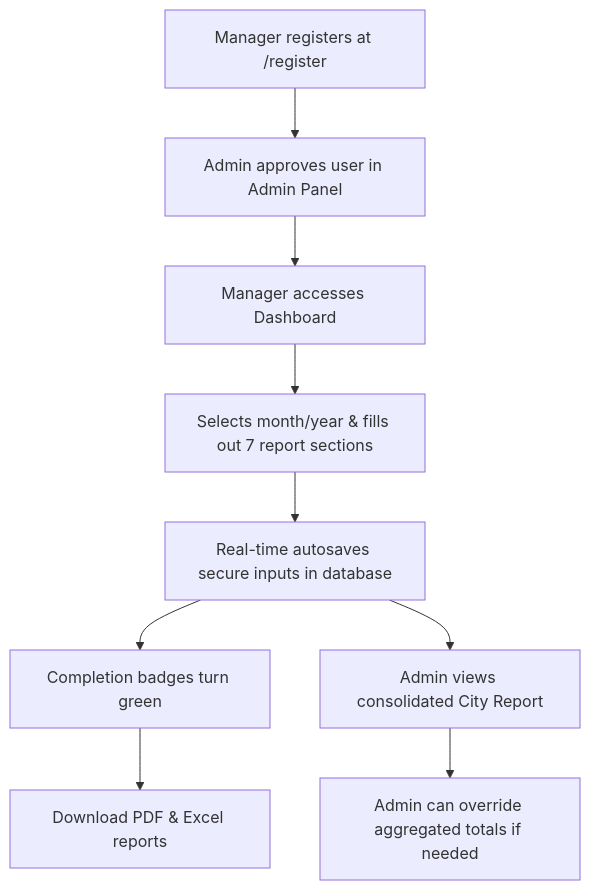
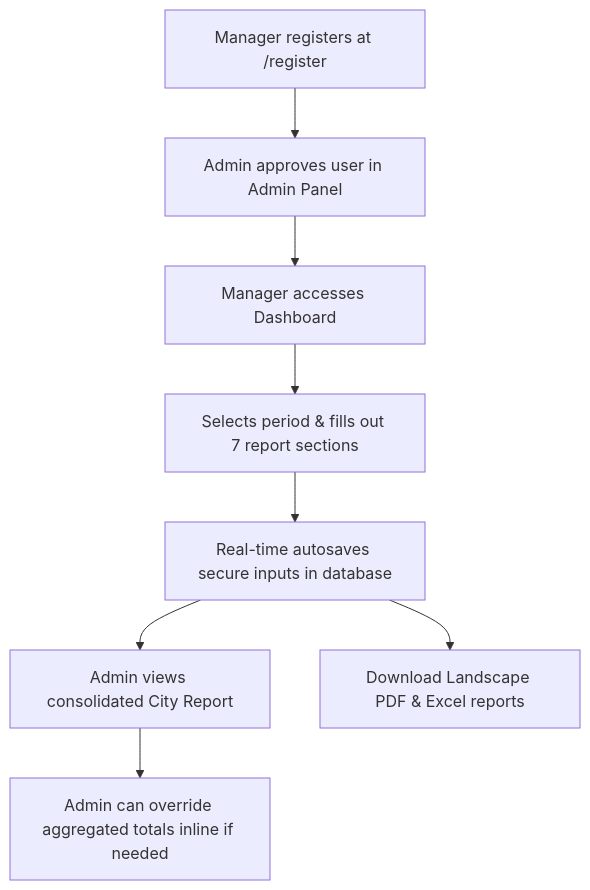
One commit to Jabir-A-H/report-submission changed the diagram in README.md. Above: the diagram before and after it, drawn with Mermaid. The commit also changed other lines of this file and 7 other files, not shown here.

````diff
--- a/README.md
+++ b/README.md
@@ -28,11 +32,10 @@
 ```mermaid
 graph TD
     A[Manager registers at /register] --> B[Admin approves user in Admin Panel]
     B --> C[Manager accesses Dashboard]
-    C --> D[Selects month/year & fills out 7 report sections]
+    C --> D[Selects period & fills out 7 report sections]
     D --> E[Real-time autosaves secure inputs in database]
-    E --> F[Completion badges turn green]
     E --> G[Admin views consolidated City Report]
-    G --> H[Admin can override aggregated totals if needed]
-    F --> I[Download PDF & Excel reports]
+    G --> H[Admin can override aggregated totals inline if needed]
+    E --> I[Download Landscape PDF & Excel reports]
 ```
````
